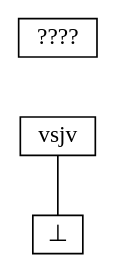
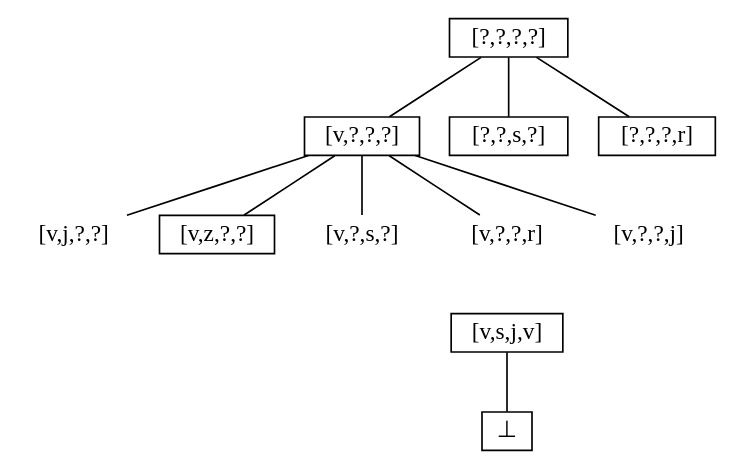
One commit to NorfairKing/ai_alternative-exam changed the diagram in resources/graphs/iteration_3.dot. Above: the diagram before and after it, drawn with Graphviz. The commit also changed 14 other files, not shown here.

Commit message:
first draft of graphs

```diff
--- a/resources/graphs/iteration_3.dot
+++ b/resources/graphs/iteration_3.dot
@@ -1,14 +1,33 @@
 digraph iter_1 {
     node [shape=rect height=0.1, width=0.2];
     edge [arrowhead = none];
 
-    top  [label = "????"];
+    top  [label = "[?,?,?,?]"];
     bot  [label = "&#8869;"];
 
-    ex_1 [label= "vsjv"];
+    ex_1 [label= "[v,s,j,v]"];
     
-    top -> ex_1[style=invis];
+    ex_2_1 [label = "[v,?,?,?]"];
+    ex_2_4 [label = "[?,?,s,?]"];
+    ex_2_5 [label = "[?,?,?,r]"];
+ 
+    ex_3_1 [label = "[v,j,?,?]",shape=none];
+    ex_3_2 [label = "[v,z,?,?]"];
+    ex_3_3 [label = "[v,?,s,?]",shape=none];
+    ex_3_4 [label = "[v,?,?,r]",shape=none];
+    ex_3_5 [label = "[v,?,?,j]",shape=none];
     
-    ex_1 [label= "vsjv"];
+    top -> ex_2_1;
+    top -> ex_2_4;
+    top -> ex_2_5;
+
+    ex_2_1 -> ex_3_1;    
+    ex_2_1 -> ex_3_2;    
+    ex_2_1 -> ex_3_3;    
+    ex_2_1 -> ex_3_4;    
+    ex_2_1 -> ex_3_5;    
+
+    ex_3_4 -> ex_1[style=invis];
+    
     ex_1 -> bot;
 }
```
